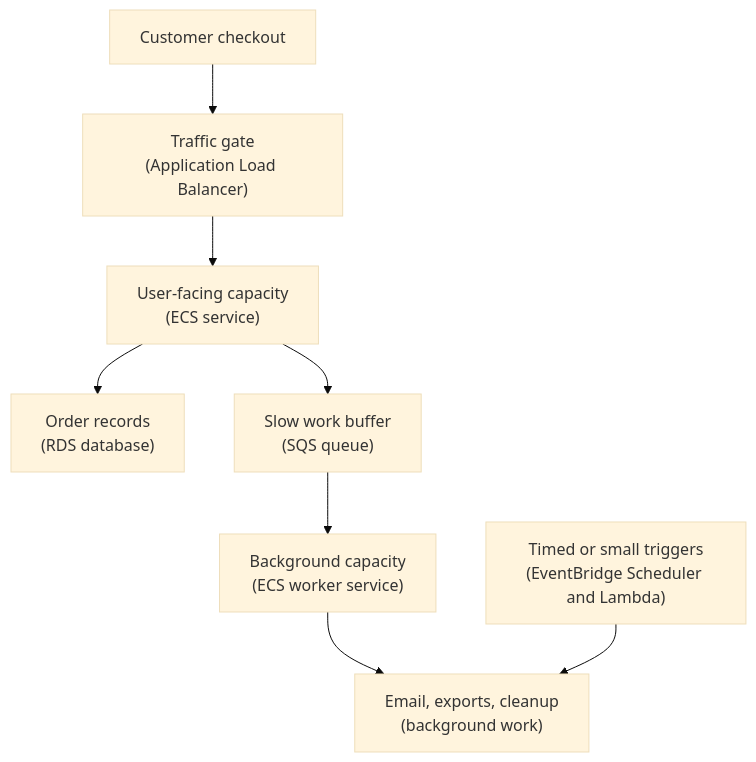
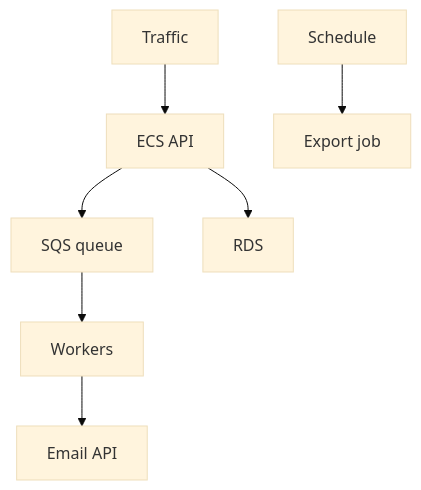
The first of 2 diagrams in cloud-providers/aws/deployment-runtime-operations/scaling-jobs-and-operational-controls.md (senlinyy/dev-roadmaps), drawn with Mermaid (base theme) before and after one commit. The commit also changed other lines of this file and 275 other files, not shown here.

Commit message:
feat: roadmap structure update

````diff
--- a/cloud-providers/aws/deployment-runtime-operations/scaling-jobs-and-operational-controls.md
+++ b/cloud-providers/aws/deployment-runtime-operations/scaling-jobs-and-operational-controls.md
@@ -71,10 +49,9 @@
 ```mermaid
 flowchart TD
-    USER["Customer checkout"] --> ALB["Traffic gate<br/>(Application Load Balancer)"]
-    ALB --> API["User-facing capacity<br/>(ECS service)"]
-    API --> DB["Order records<br/>(RDS database)"]
-    API --> QUEUE["Slow work buffer<br/>(SQS queue)"]
-    QUEUE --> WORKER["Background capacity<br/>(ECS worker service)"]
-    WORKER --> JOBS["Email, exports, cleanup<br/>(background work)"]
-    TRIGGERS["Timed or small triggers<br/>(EventBridge Scheduler and Lambda)"] --> JOBS
+    Traffic["Traffic"] --> API["ECS API"]
+    API --> Queue["SQS queue"]
+    Queue --> Worker["Workers"]
+    Schedule["Schedule"] --> Job["Export job"]
+    API --> Data["RDS"]
+    Worker --> Provider["Email API"]
 ```
````
